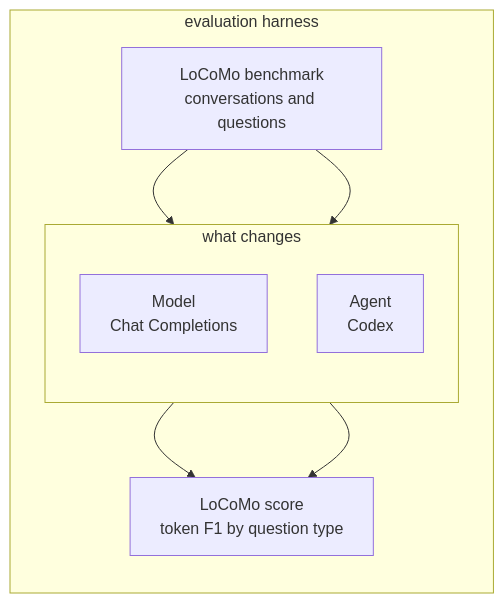
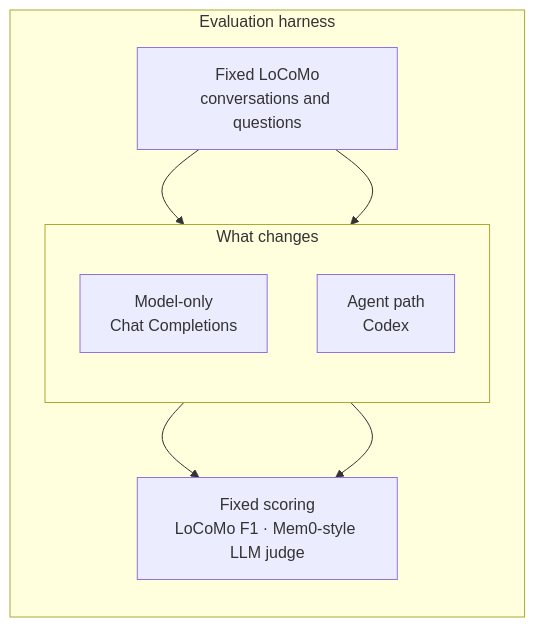
Before and after one commit to park-jsdev/long-term-memory-eval: the diagram in README.md, drawn with Mermaid. The commit also changed other lines of this file, not shown here.

````diff
--- a/README.md
+++ b/README.md
@@ -7,16 +15,16 @@
 ```mermaid
 flowchart LR
-  subgraph HARNESS["evaluation harness"]
-    LOC["LoCoMo benchmark<br/>conversations and questions"]
-    subgraph SYS["what changes"]
+  subgraph HARNESS["Evaluation harness"]
+    LOC["Fixed LoCoMo<br/>conversations and questions"]
+    subgraph VARIABLE["What changes"]
       direction TB
-      MODEL["Model<br/>Chat Completions"]
-      AGENT["Agent<br/>Codex"]
+      MODEL["Model-only<br/>Chat Completions"]
+      AGENT["Agent path<br/>Codex"]
     end
-    SCORE["LoCoMo score<br/>token F1 by question type"]
+    SCORE["Fixed scoring<br/>LoCoMo F1 · Mem0-style LLM judge"]
     LOC --> MODEL
     LOC --> AGENT
     MODEL --> SCORE
     AGENT --> SCORE
   end
 ```
````
